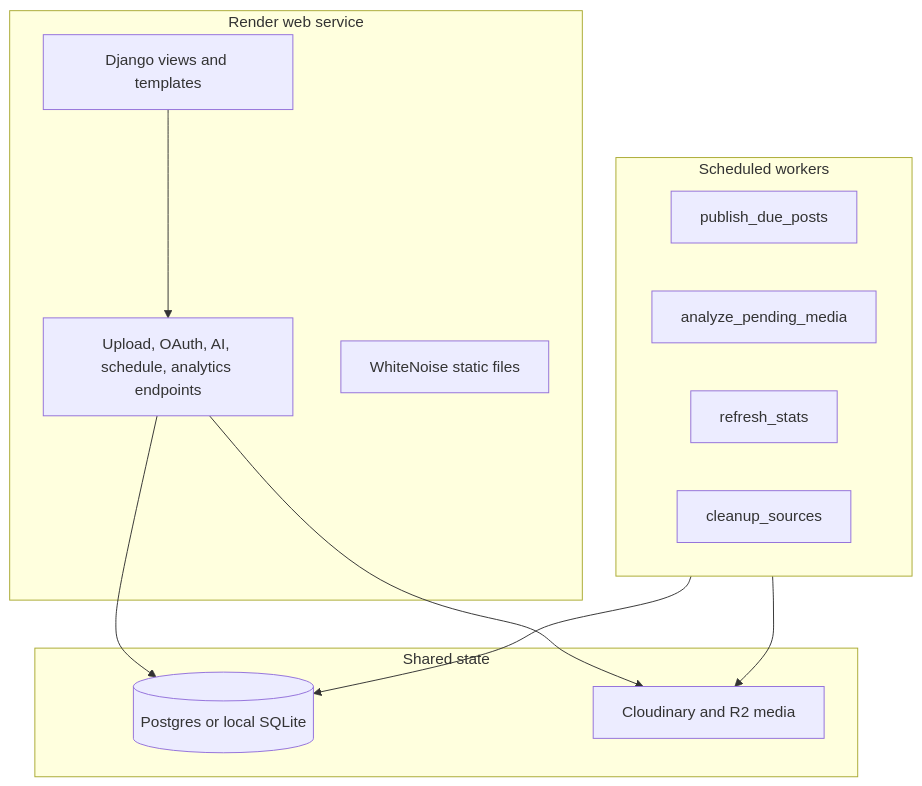
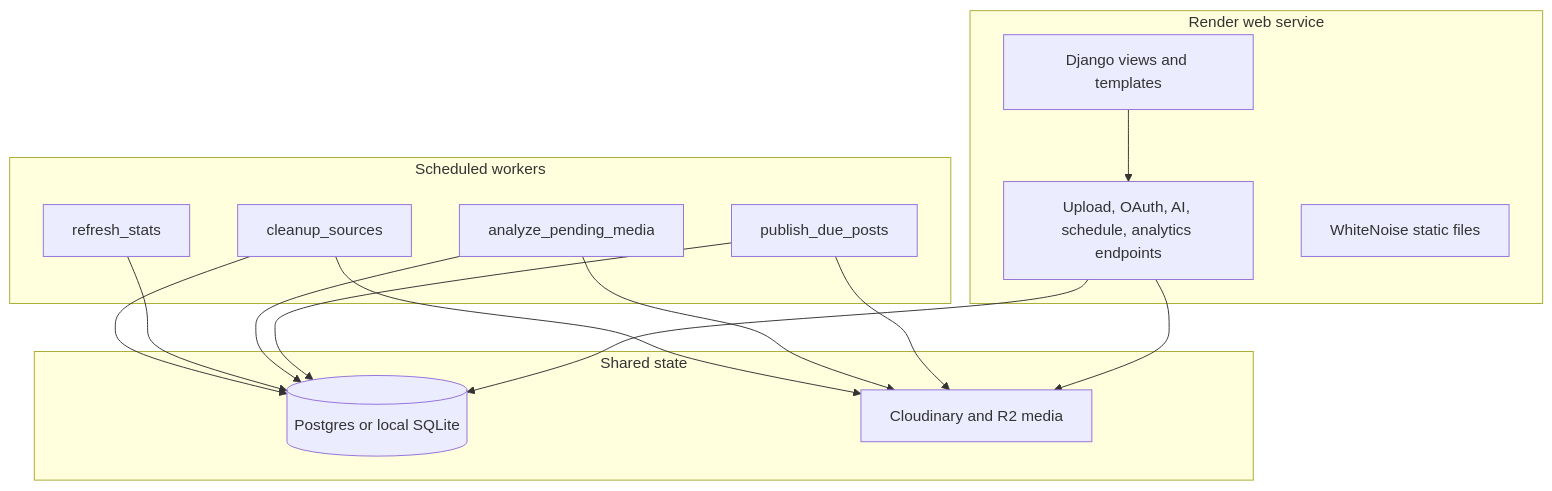
Before and after one commit to vennela100/ai-social-media-scheduler: the second of 5 diagrams in README.md, drawn with Mermaid. The commit also changed other lines of this file, not shown here.

Commit message:
Fix README Mermaid diagrams

````diff
--- a/README.md
+++ b/README.md
@@ -34,26 +34,31 @@
 ```mermaid
 flowchart TB
-    subgraph Render["Render web service"]
-        Web[Django views and templates]
-        API[Upload, OAuth, AI, schedule, analytics endpoints]
-        WhiteNoise[WhiteNoise static files]
+    subgraph render_service["Render web service"]
+        web_views["Django views and templates"]
+        web_api["Upload, OAuth, AI, schedule, analytics endpoints"]
+        static_files["WhiteNoise static files"]
     end
 
-    subgraph Jobs["Scheduled workers"]
-        Publisher[publish_due_posts]
-        Analyzer[analyze_pending_media]
-        Stats[refresh_stats]
-        Cleanup[cleanup_sources]
+    subgraph scheduled_workers["Scheduled workers"]
+        publisher["publish_due_posts"]
+        analyzer["analyze_pending_media"]
+        stats["refresh_stats"]
+        cleanup["cleanup_sources"]
     end
 
-    subgraph Shared["Shared state"]
-        Postgres[(Postgres or local SQLite)]
-        Media[Cloudinary and R2 media]
+    subgraph shared_state["Shared state"]
+        database[("Postgres or local SQLite")]
+        media["Cloudinary and R2 media"]
     end
 
-    Web --> API
-    API --> Postgres
-    API --> Media
-    Jobs --> Postgres
-    Jobs --> Media
+    web_views --> web_api
+    web_api --> database
+    web_api --> media
+    publisher --> database
+    analyzer --> database
+    stats --> database
+    cleanup --> database
+    publisher --> media
+    analyzer --> media
+    cleanup --> media
 ```
````
